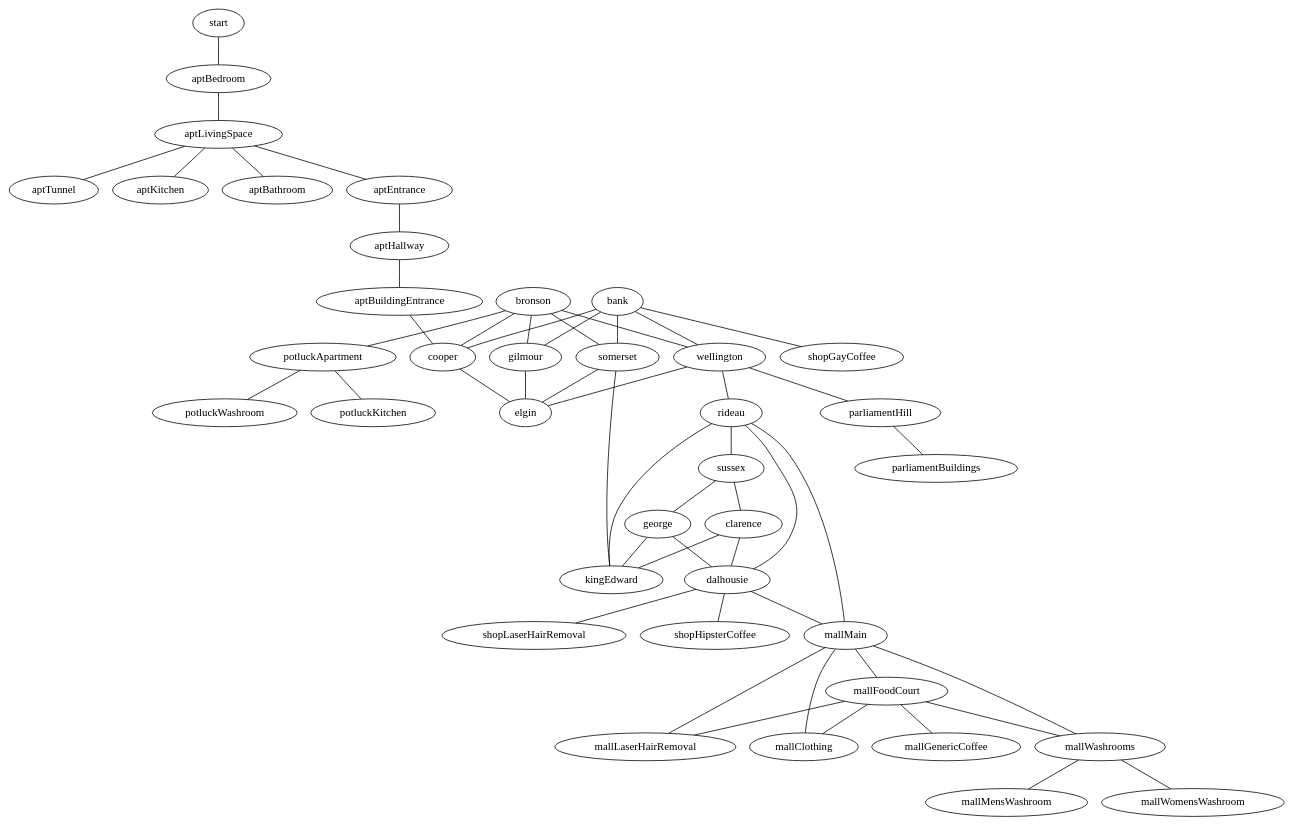
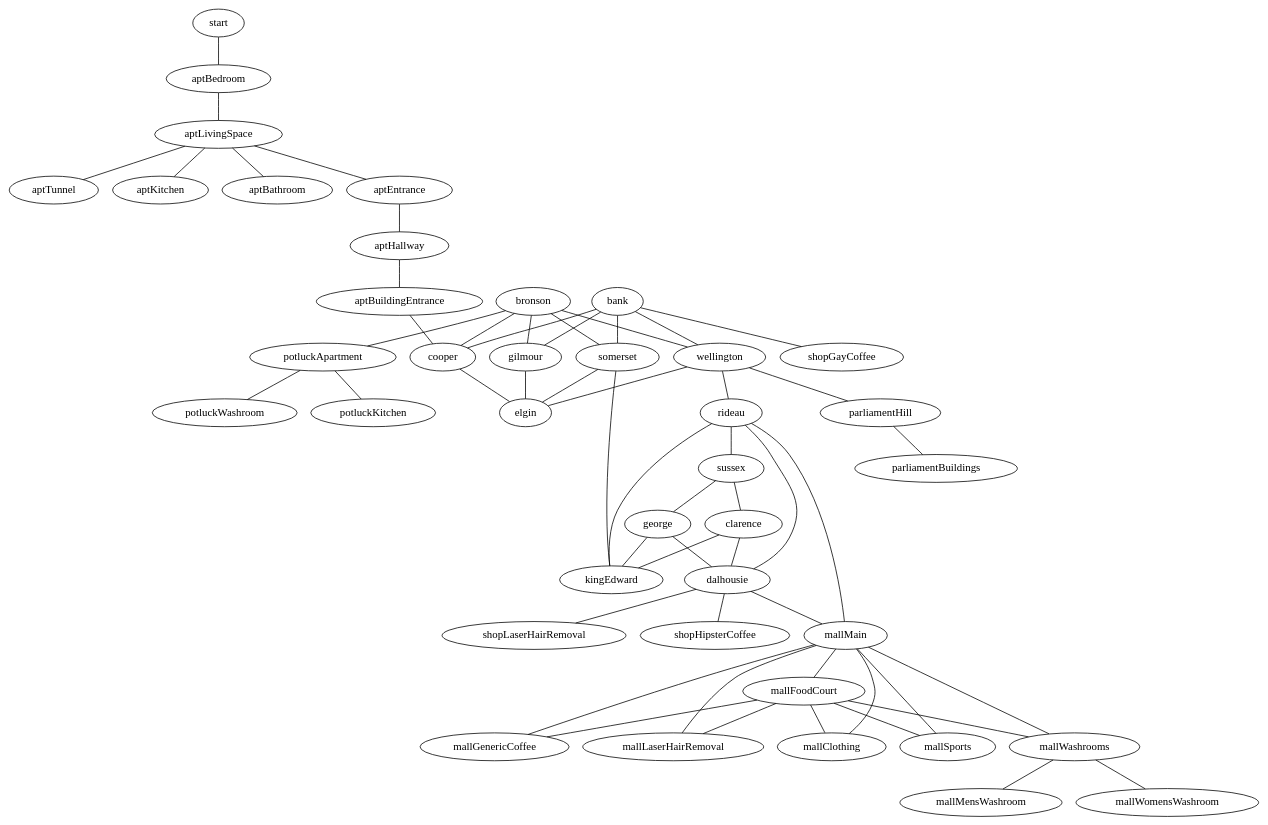
One commit to maelys-mcardle/adventure changed the diagram in examples/ottawa/entities/world/values.dot. Above: the diagram before and after it, drawn with Graphviz. The commit also changed 1 other file, not shown here.

Commit message:
Added sports shop.

```diff
--- a/examples/ottawa/entities/world/values.dot
+++ b/examples/ottawa/entities/world/values.dot
@@ -1,70 +1,73 @@
 graph location {
 
   start -- aptBedroom
 
   subgraph streets {
     bank -- wellington -- elgin
     bank -- cooper -- elgin
     bank -- somerset -- elgin
     bank -- gilmour -- elgin
 
     bronson -- wellington
     bronson -- cooper
     bronson -- somerset
     bronson -- gilmour   
 
     wellington -- rideau
 
     rideau -- sussex
     rideau -- dalhousie
     rideau -- kingEdward
 
     sussex -- george -- dalhousie
     sussex -- clarence -- dalhousie
     somerset -- kingEdward
     george -- kingEdward
     clarence -- kingEdward
   }
 
   subgraph apartment {
     aptBedroom -- aptLivingSpace -- aptTunnel
     aptLivingSpace -- aptKitchen
     aptLivingSpace -- aptBathroom
     aptLivingSpace -- aptEntrance -- aptHallway 
     aptHallway -- aptBuildingEntrance -- cooper
   }
 
   subgraph shops {
     bank -- shopGayCoffee
     dalhousie -- shopLaserHairRemoval
     dalhousie -- shopHipsterCoffee
   }
 
   subgraph mall {
     rideau -- mallMain 
     dalhousie -- mallMain
 
     mallMain -- mallFoodCourt
+    mallMain -- mallGenericCoffee
     mallMain -- mallLaserHairRemoval
     mallMain -- mallClothing
+    mallMain -- mallSports
     mallMain -- mallWashrooms
     mallFoodCourt -- mallGenericCoffee
     mallFoodCourt -- mallClothing
+    mallFoodCourt -- mallSports
     mallFoodCourt -- mallLaserHairRemoval
     mallFoodCourt -- mallWashrooms
 
     mallWashrooms -- mallMensWashroom
     mallWashrooms -- mallWomensWashroom
   }
 
   subgraph potluck {
     bronson -- potluckApartment
     potluckApartment -- potluckWashroom
     potluckApartment -- potluckKitchen
   }
 
   subgraph parliament {
     wellington -- parliamentHill
     parliamentHill -- parliamentBuildings
   }
 }
```
